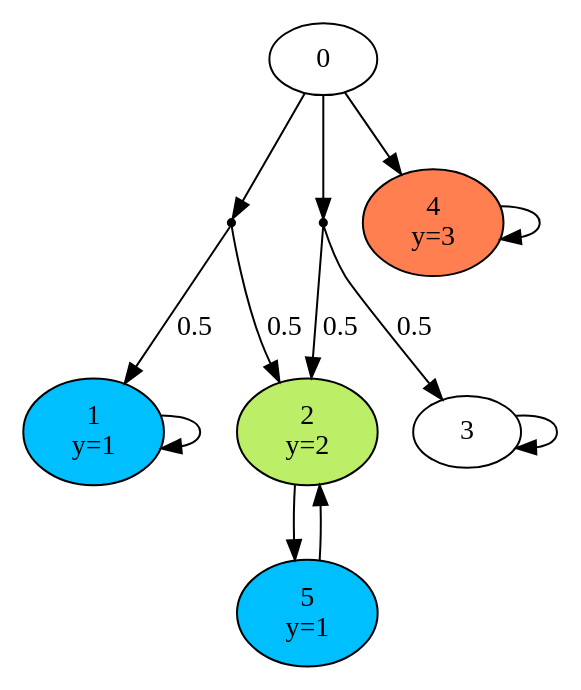
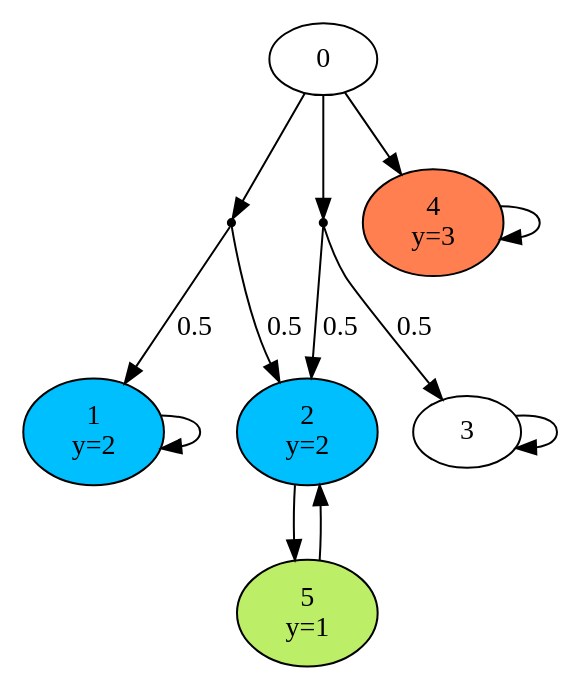
One commit to moves-rwth/storm changed the diagram in lex_examples/prob_sched.dot. Above: the diagram before and after it, drawn with Graphviz. The commit also changed 4 other files, not shown here.

```diff
--- a/lex_examples/prob_sched.dot
+++ b/lex_examples/prob_sched.dot
@@ -1,22 +1,22 @@
 digraph {
 0 [];
 0 -> 6;
 0 -> 7;
 0 -> 4;
-1 [fillcolor=deepskyblue, style=filled, label="1\n y=1"];
+1 [fillcolor=deepskyblue, style=filled, label="1\n y=2"];
 1 -> 1;
-2 [fillcolor=darkolivegreen2, style=filled, label="2\n y=2"];
+2 [fillcolor=deepskyblue, style=filled, label="2\n y=2"];
 2 -> 5;
-5 [fillcolor=deepskyblue, style=filled, label="5\n y=1"];
+5 [fillcolor=darkolivegreen2, style=filled, label="5\n y=1"];
 3 [];
 3 -> 3;
 4 [fillcolor=coral, style=filled, label="4\n y=3"];
 4 -> 4;
 5 -> 2;
 6 -> 1 [label="0.5"];
 6 -> 2 [label="0.5"];
 7 -> 2 [label="0.5"];
 7 -> 3 [label="0.5"];
 6 [fillcolor=black, style=filled,shape=point];
 7 [fillcolor=black, style=filled,shape=point];
 }
```
